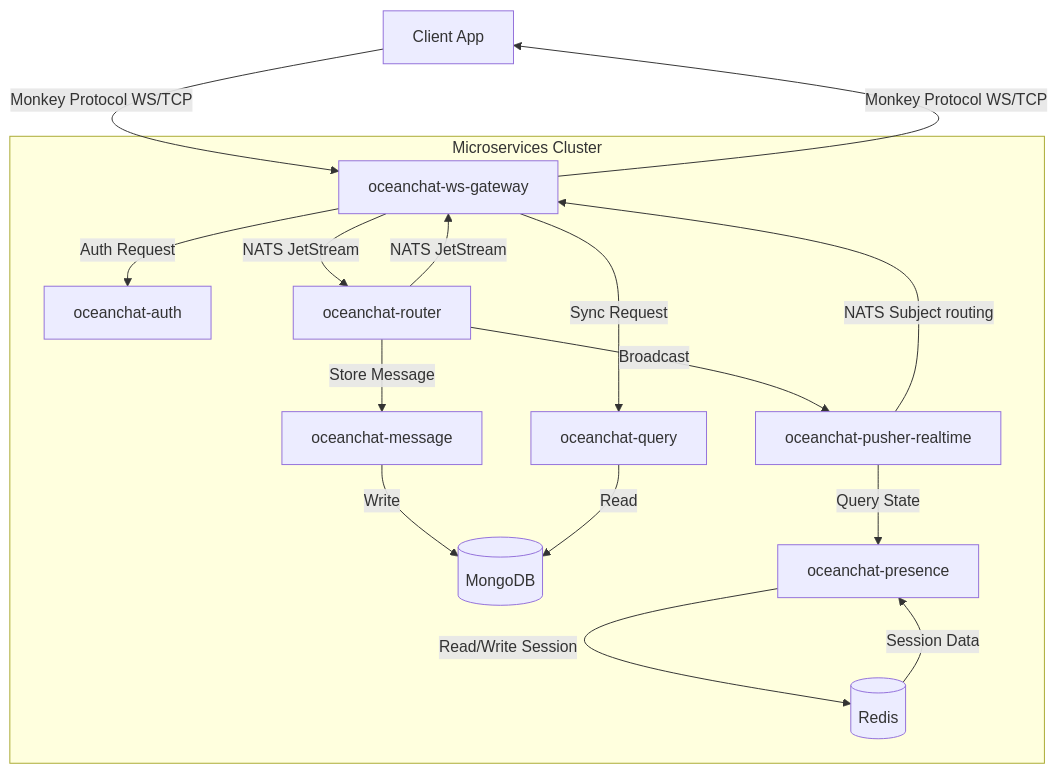
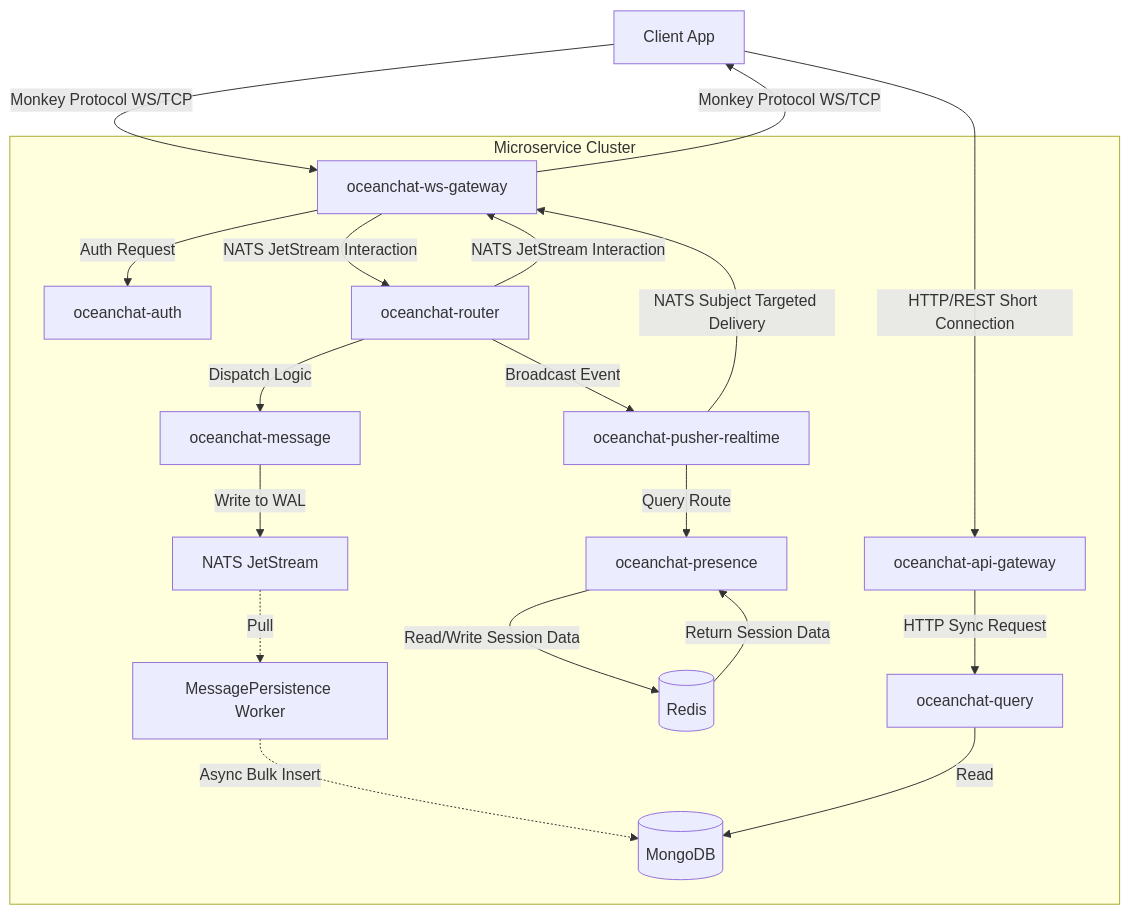
The first of 5 diagrams in docs/devdocs/monkey-protocol-spec.md (JamesWilson19970101/ocean.chat.docs), drawn with Mermaid before and after one commit. The commit also changed other lines of this file and 16 other files, not shown here.

First line of the commit message:
docs: Refine message delivery, NATS JetStream, and reliability architecture

````diff
--- a/docs/devdocs/monkey-protocol-spec.md
+++ b/docs/devdocs/monkey-protocol-spec.md
@@ -52,24 +54,27 @@
 ```mermaid
 graph TD
     Client[Client App] -->|Monkey Protocol WS/TCP| Gateway[oceanchat-ws-gateway]
+    Client -->|HTTP/REST Short Connection| APIGateway[oceanchat-api-gateway]
     Gateway -->|Monkey Protocol WS/TCP| Client
 
-    subgraph Microservices Cluster
+    subgraph Microservice Cluster
         Gateway -->|Auth Request| Auth[oceanchat-auth]
-        Gateway -->|NATS JetStream| Router[oceanchat-router]
-        Router -->|NATS JetStream| Gateway
+        Gateway -->|NATS JetStream Interaction| Router[oceanchat-router]
+        Router -->|NATS JetStream Interaction| Gateway
 
-        Router -->|Store Message| Message[oceanchat-message]
-        Message -->|Write| MongoDB[(MongoDB)]
+        Router -->|Dispatch Logic| Message[oceanchat-message]
+        Message -->|Write to WAL| NATS[NATS JetStream]
+        NATS -.->|Pull| Worker[MessagePersistence Worker]
+        Worker -.->|Async Bulk Insert| MongoDB[(MongoDB)]
 
-        Router -->|Broadcast| Pusher[oceanchat-pusher-realtime]
-        Pusher -->|Query State| Presence[oceanchat-presence]
-        Presence -->|Read/Write Session| Redis[(Redis)]
-        Redis -->|Session Data| Presence
+        Router -->|Broadcast Event| Pusher[oceanchat-pusher-realtime]
+        Pusher -->|Query Route| Presence[oceanchat-presence]
+        Presence -->|Read/Write Session Data| Redis[(Redis)]
+        Redis -->|Return Session Data| Presence
 
-        Gateway -->|Sync Request| Query[oceanchat-query]
+        APIGateway -->|HTTP Sync Request| Query[oceanchat-query]
         Query -->|Read| MongoDB
     end
 
-    Pusher -->|NATS Subject routing| Gateway
+    Pusher -->|NATS Subject Targeted Delivery| Gateway
 ```
````
